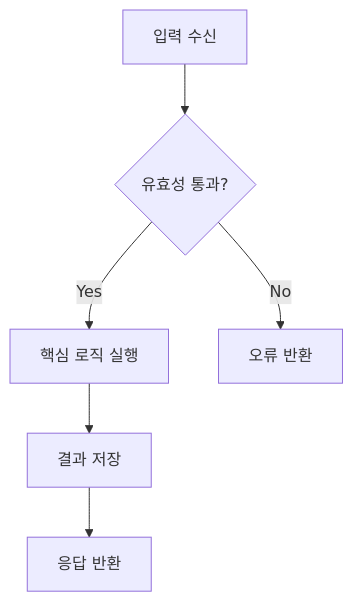
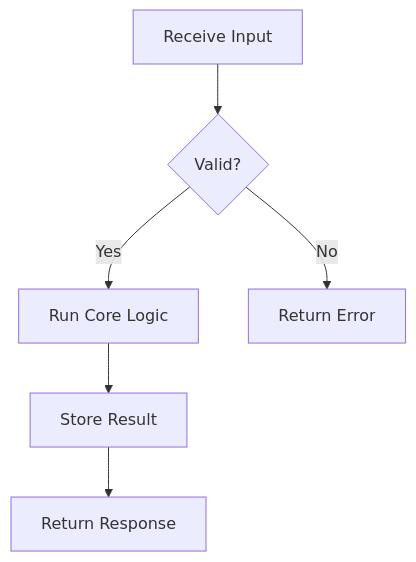
One commit to gihwan-dev/claude-setup changed the first of 3 diagrams in skills/korean-cognitive-code-explainer/references/visualization-playbook.md. Above: the diagram before and after it, drawn with Mermaid. The commit also changed other lines of this file and 153 other files, not shown here.

````diff
--- a/skills/korean-cognitive-code-explainer/references/visualization-playbook.md
+++ b/skills/korean-cognitive-code-explainer/references/visualization-playbook.md
@@ -12,8 +12,8 @@
 ```mermaid
 flowchart TD
-  A[입력 수신] --> B{유효성 통과?}
-  B -->|Yes| C[핵심 로직 실행]
-  B -->|No| D[오류 반환]
-  C --> E[결과 저장]
-  E --> F[응답 반환]
+  A[Receive Input] --> B{Valid?}
+  B -->|Yes| C[Run Core Logic]
+  B -->|No| D[Return Error]
+  C --> E[Store Result]
+  E --> F[Return Response]
 ```
````
